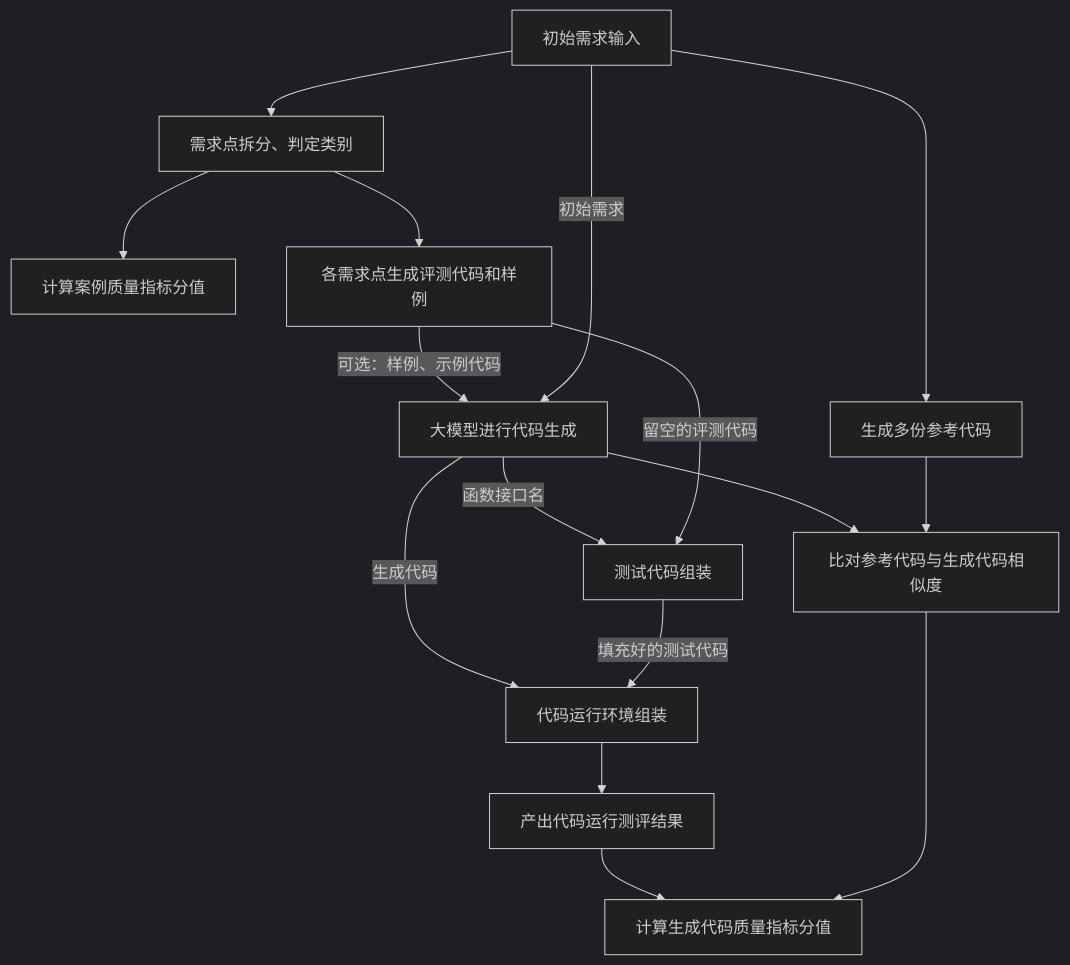
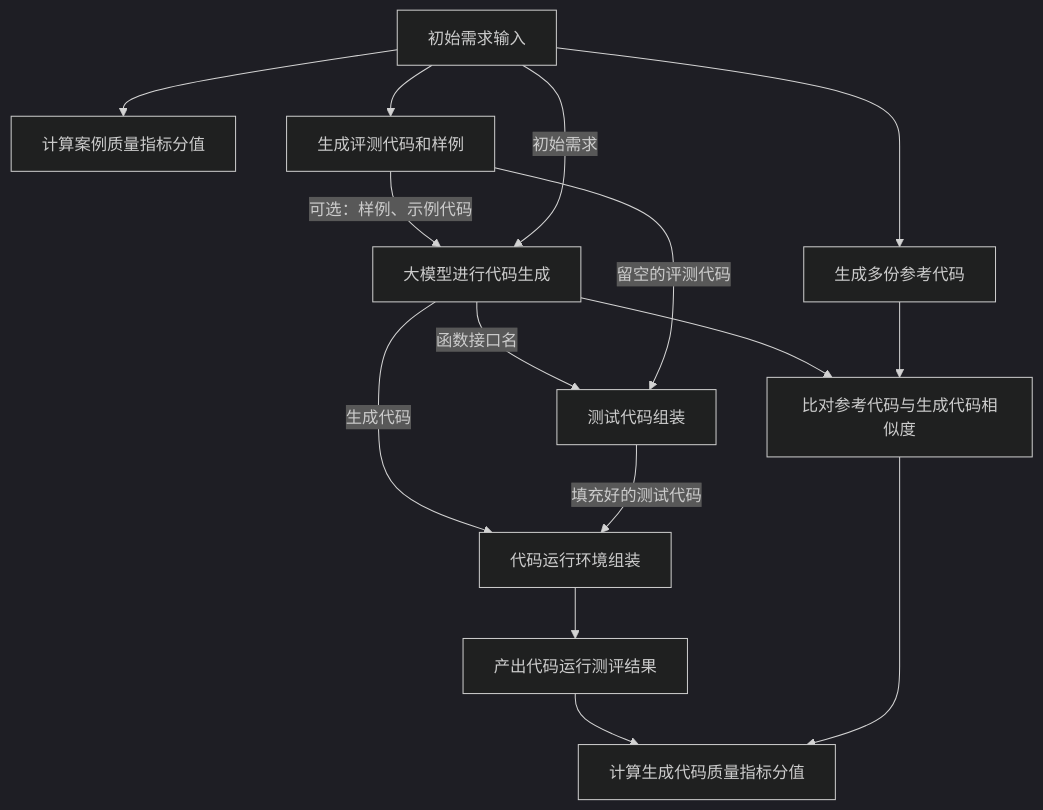
One commit to ShinagawaSimo/code-generation-evaluation changed the diagram in new_metrics_gen_eval_flow_ZH.md. Above: the diagram before and after it, drawn with Mermaid (dark theme). The commit also changed 196 other files, not shown here.

````diff
--- a/new_metrics_gen_eval_flow_ZH.md
+++ b/new_metrics_gen_eval_flow_ZH.md
@@ -1,18 +1,17 @@
 ```mermaid
 graph TD
-    A[初始需求输入]-->C[需求点拆分、判定类别]
-    C-->D[计算案例质量指标分值]
-    C-->E[各需求点生成评测代码和样例]
+    A[初始需求输入]-->D[计算案例质量指标分值]
+    A-->E[生成评测代码和样例]
     E-->|可选：样例、示例代码| F[大模型进行代码生成]
     A-->|初始需求| F
     F-->|生成代码| G[代码运行环境组装]
     F-->|函数接口名| Fx[测试代码组装]
     E-->|"留空的"评测代码| Fx
     Fx-->|填充好的测试代码| G
     G-->H[产出代码运行测评结果]
     A-->I[生成多份参考代码]
     F-->J[比对参考代码与生成代码相似度]
     I-->J
     H-->K[计算生成代码质量指标分值]
     J-->K
 ```
````
